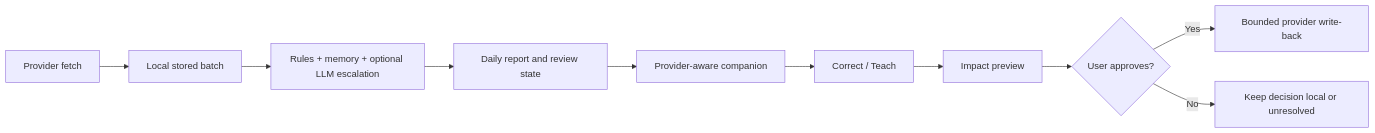
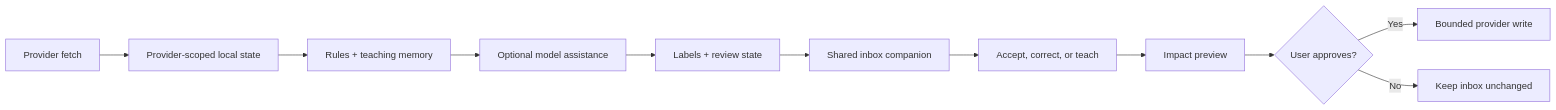
The diagram in README.md (czzzry/threadwise), drawn with Mermaid before and after one commit. The commit also changed other lines of this file and 21 other files, not shown here.

````diff
--- a/README.md
+++ b/README.md
@@ -73,12 +78,13 @@
 ```mermaid
 flowchart LR
-    A[Provider fetch] --> B[Local stored batch]
-    B --> C[Rules + memory + optional LLM escalation]
-    C --> D[Daily report and review state]
-    D --> E[Provider-aware companion]
-    E --> F[Correct / Teach]
-    F --> G[Impact preview]
-    G --> H{User approves?}
-    H -- Yes --> I[Bounded provider write-back]
-    H -- No --> J[Keep decision local or unresolved]
+    A[Provider fetch] --> B[Provider-scoped local state]
+    B --> C[Rules + teaching memory]
+    C --> D[Optional model assistance]
+    D --> E[Labels + review state]
+    E --> F[Shared inbox companion]
+    F --> G[Accept, correct, or teach]
+    G --> H[Impact preview]
+    H --> I{User approves?}
+    I -- Yes --> J[Bounded provider write]
+    I -- No --> K[Keep inbox unchanged]
 ```
````
